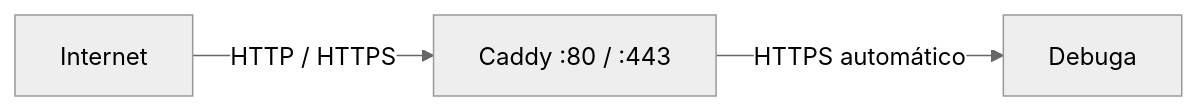
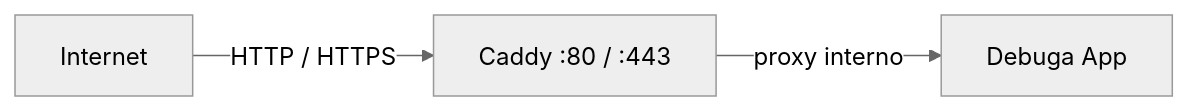
Before and after one commit to SperryTecnologia/debuga-community: the third of 3 diagrams in docs/architecture/REPOSITORY-SPEC.md, drawn with Mermaid (neutral theme). The commit also changed other lines of this file, not shown here.

First line of the commit message:
docs: clarify public TLS architecture

````diff
--- a/docs/architecture/REPOSITORY-SPEC.md
+++ b/docs/architecture/REPOSITORY-SPEC.md
@@ -172,9 +173,9 @@
 ```mermaid
 flowchart LR
     INTERNET["Internet"]
     CADDY["Caddy :80 / :443"]
-    APP["Debuga"]
+    APP["Debuga App"]
 
-    INTERNET -->|HTTP / HTTPS| CADDY
-    CADDY -->|HTTPS automático| APP
+    INTERNET -->|"HTTP / HTTPS"| CADDY
+    CADDY -->|proxy interno| APP
 ```
````
